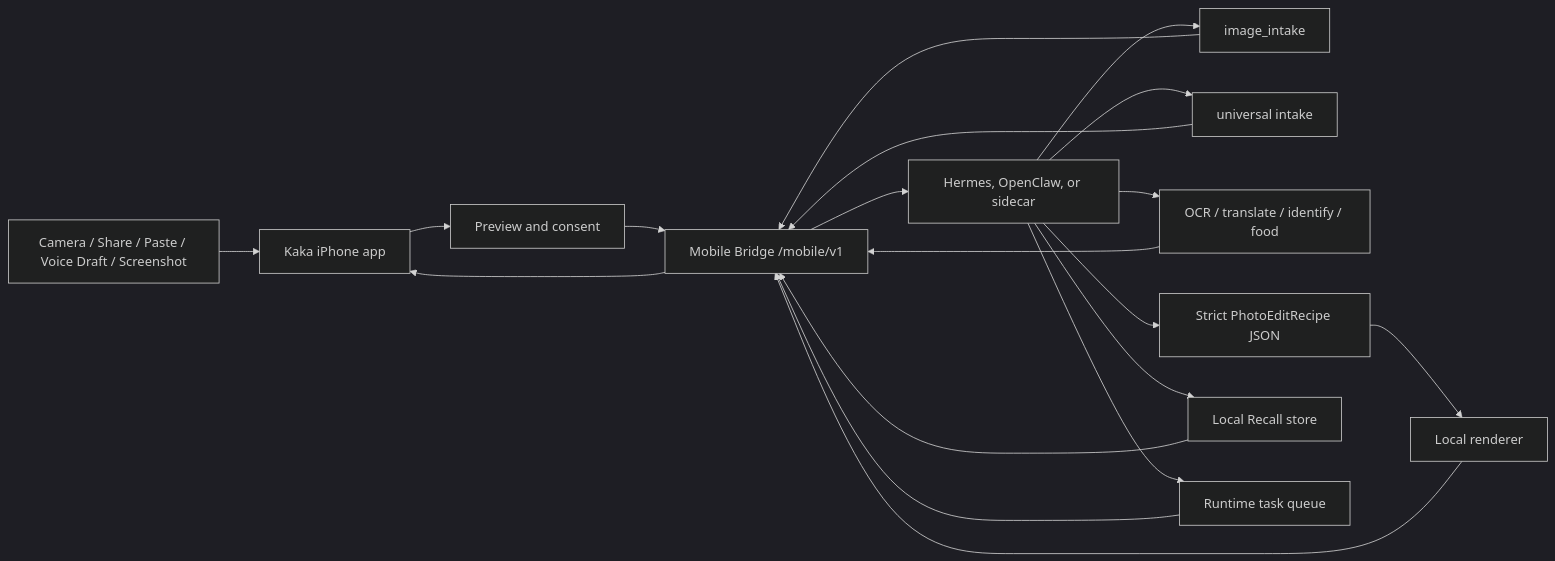
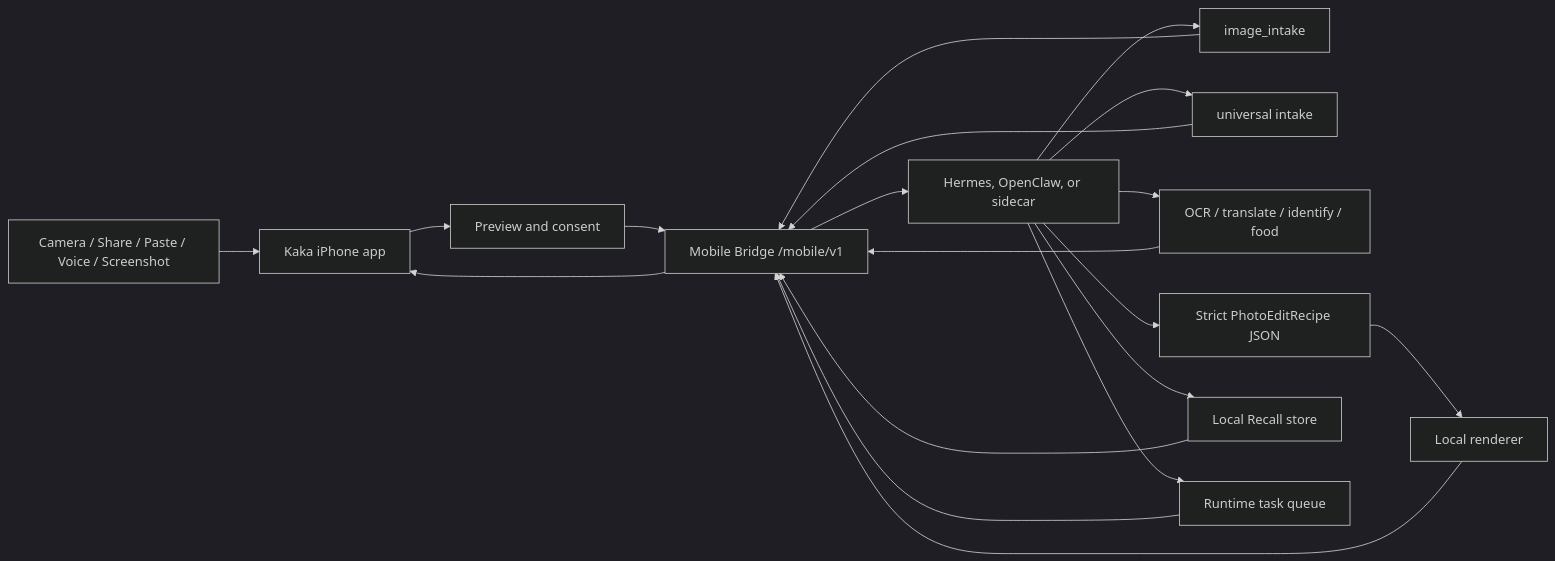
Before and after one commit to MightyKartz/kaka: the diagram in README.md, drawn with Mermaid (dark theme). The commit also changed other lines of this file and 12 other files, not shown here.

````diff
--- a/README.md
+++ b/README.md
@@ -99,21 +368,21 @@
 ```mermaid
 flowchart LR
-  Inputs["Camera / Share / Paste / Voice Draft / Screenshot"] --> Phone["Kaka iPhone app"]
+  Inputs["Camera / Share / Paste / Voice / Screenshot"] --> Phone["Kaka iPhone app"]
   Phone --> Consent["Preview and consent"]
   Consent --> Bridge["Mobile Bridge /mobile/v1"]
   Bridge --> Runtime["Hermes, OpenClaw, or sidecar"]
   Runtime --> ImageIntake["image_intake"]
   Runtime --> Universal["universal intake"]
   Runtime --> Vision["OCR / translate / identify / food"]
   Runtime --> Recipe["Strict PhotoEditRecipe JSON"]
   Runtime --> Recall["Local Recall store"]
   Runtime --> Tasks["Runtime task queue"]
   Recipe --> Renderer["Local renderer"]
   ImageIntake --> Bridge
   Universal --> Bridge
   Vision --> Bridge
   Renderer --> Bridge
   Recall --> Bridge
   Tasks --> Bridge
   Bridge --> Phone
 ```
````
